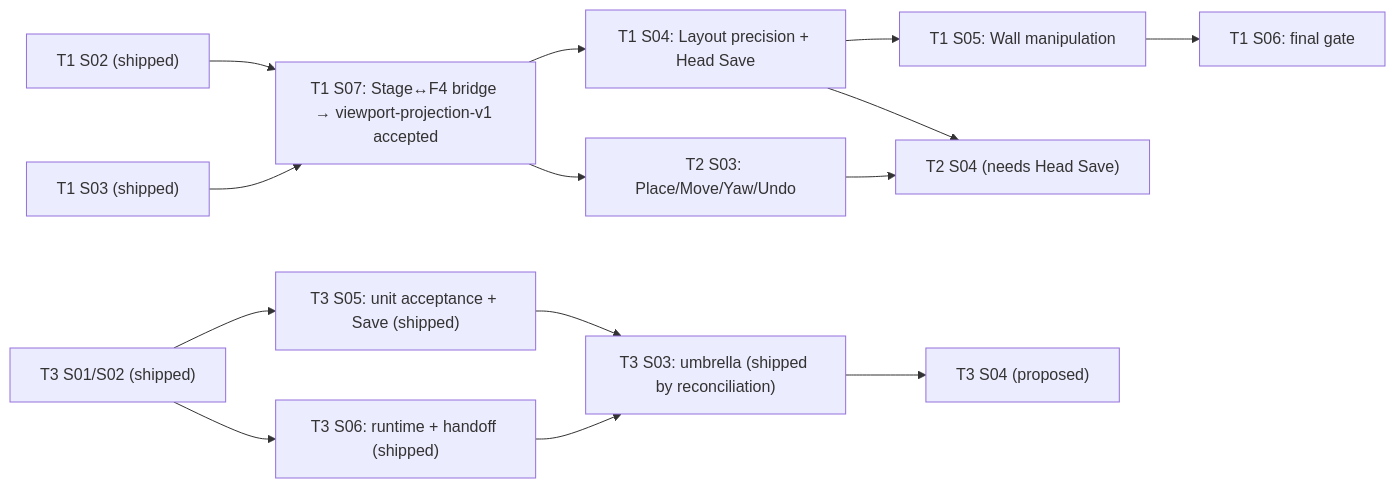
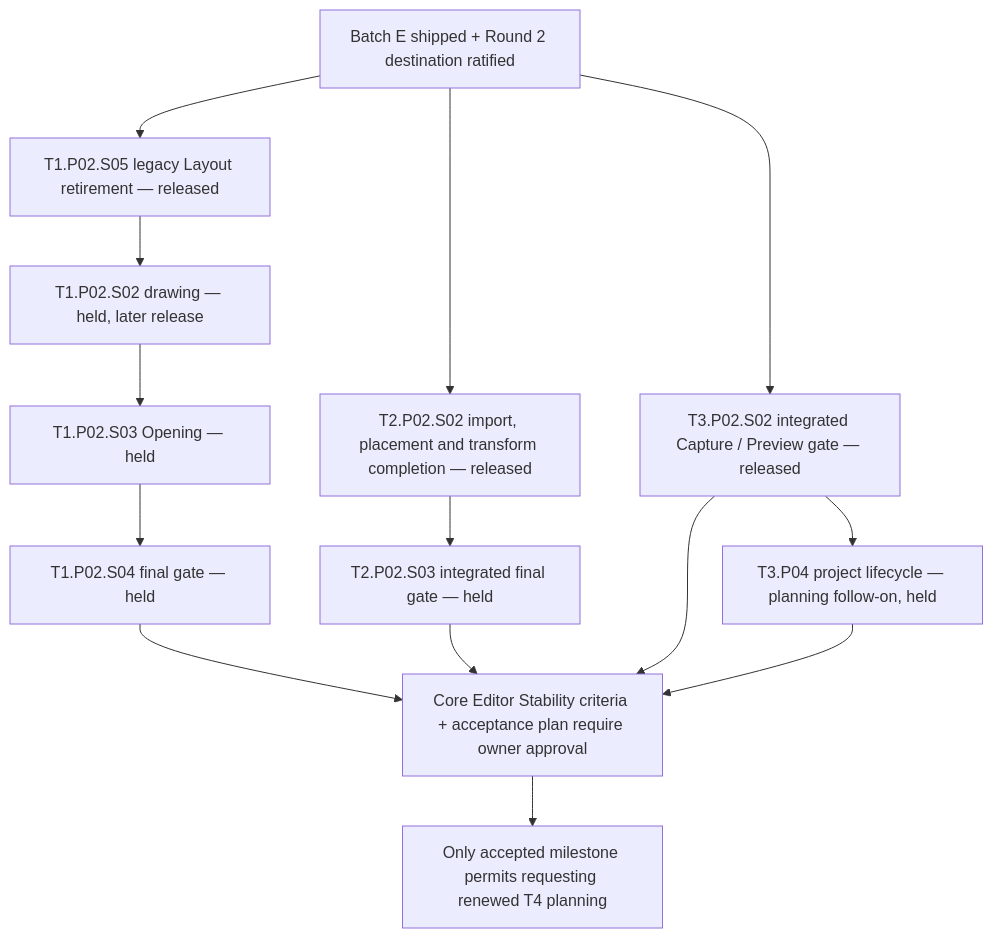
One commit to Biskiq/spatial-sketch-editor changed the diagram in docs/roadmap/cross-track-execution.md. Above: the diagram before and after it, drawn with Mermaid. The commit also changed other lines of this file and 77 other files, not shown here.

````diff
--- a/docs/roadmap/cross-track-execution.md
+++ b/docs/roadmap/cross-track-execution.md
@@ -508,15 +70,17 @@
 ```mermaid
-flowchart LR
-  V["T1 S02 (shipped)"] --> B["T1 S07: Stage↔F4 bridge → viewport-projection-v1 accepted"]
-  L["T1 S03 (shipped)"] --> B
-  B --> P["T1 S04: Layout precision + Head Save"]
-  B --> UI["T2 S03: Place/Move/Yaw/Undo"]
-  P --> W["T1 S05: Wall manipulation"] --> G["T1 S06: final gate"]
-  P --> T2F["T2 S04 (needs Head Save)"]
-  UI --> T2F
-  U["T3 S01/S02 (shipped)"] --> X5["T3 S05: unit acceptance + Save (shipped)"]
-  U --> X6["T3 S06: runtime + handoff (shipped)"]
-  X5 --> X["T3 S03: umbrella (shipped by reconciliation)"]
-  X6 --> X
-  X --> CUT["T3 S04 (proposed)"]
+flowchart TD
+  E["Batch E shipped + Round 2 destination ratified"]
+  E --> R["T1.P02.S05 legacy Layout retirement — released"]
+  E --> I["T2.P02.S02 import, placement and transform completion — released"]
+  E --> P["T3.P02.S02 integrated Capture / Preview gate — released"]
+  R --> D["T1.P02.S02 drawing — held, later release"]
+  D --> O["T1.P02.S03 Opening — held"]
+  O --> F["T1.P02.S04 final gate — held"]
+  I --> IF["T2.P02.S03 integrated final gate — held"]
+  P --> C["T3.P04 project lifecycle — planning follow-on, held"]
+  F --> CES["Core Editor Stability criteria + acceptance plan require owner approval"]
+  IF --> CES
+  P --> CES
+  C --> CES
+  CES --> T4["Only accepted milestone permits requesting renewed T4 planning"]
 ```
````
